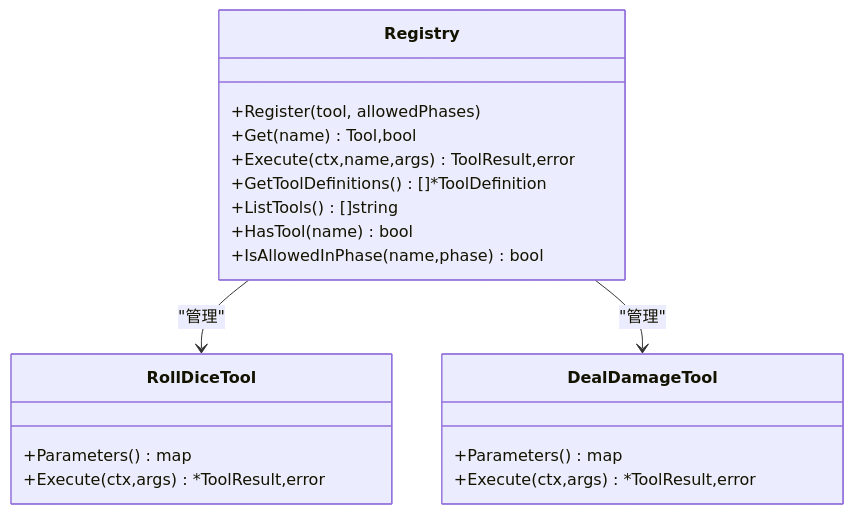
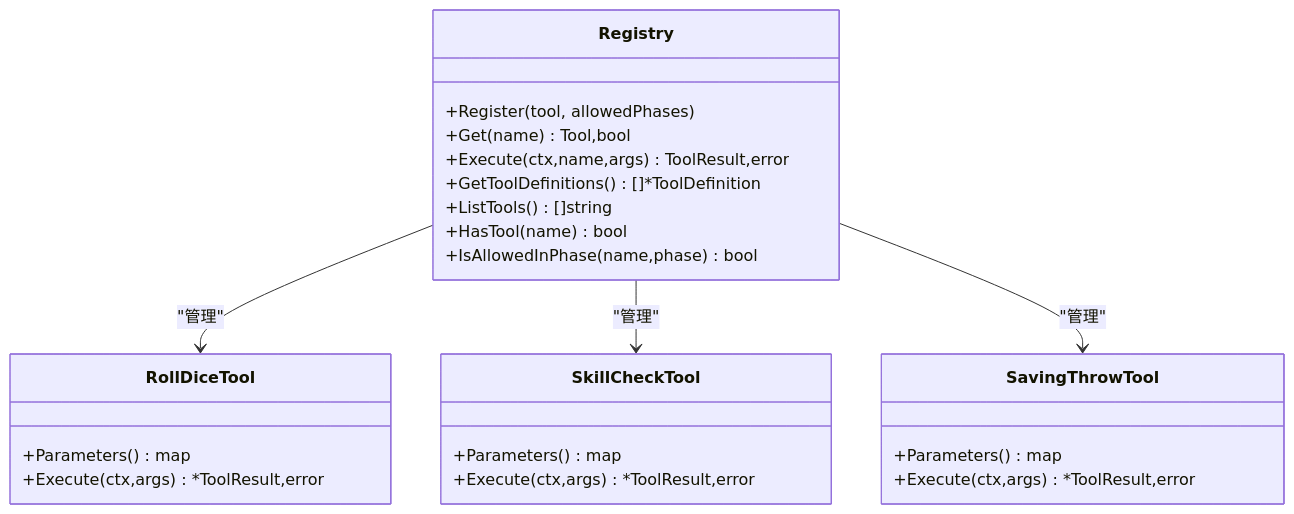
One commit to zwh8800/cdnd changed the fifth of 8 diagrams in .qoder/repowiki/zh/content/测试与质量保证.md. Above: the diagram before and after it, drawn with Mermaid. The commit also changed other lines of this file and 2 other files, not shown here.

````diff
--- a/.qoder/repowiki/zh/content/测试与质量保证.md
+++ b/.qoder/repowiki/zh/content/测试与质量保证.md
@@ -230,22 +233,27 @@
 ```mermaid
 classDiagram
 class Registry {
 +Register(tool, allowedPhases)
 +Get(name) Tool,bool
 +Execute(ctx,name,args) ToolResult,error
 +GetToolDefinitions() []*ToolDefinition
 +ListTools() []string
 +HasTool(name) bool
 +IsAllowedInPhase(name,phase) bool
 }
 class RollDiceTool {
 +Parameters() map
 +Execute(ctx,args) *ToolResult,error
 }
-class DealDamageTool {
+class SkillCheckTool {
++Parameters() map
++Execute(ctx,args) *ToolResult,error
+}
+class SavingThrowTool {
 +Parameters() map
 +Execute(ctx,args) *ToolResult,error
 }
 Registry --> RollDiceTool : "管理"
-Registry --> DealDamageTool : "管理"
+Registry --> SkillCheckTool : "管理"
+Registry --> SavingThrowTool : "管理"
 ```
````
